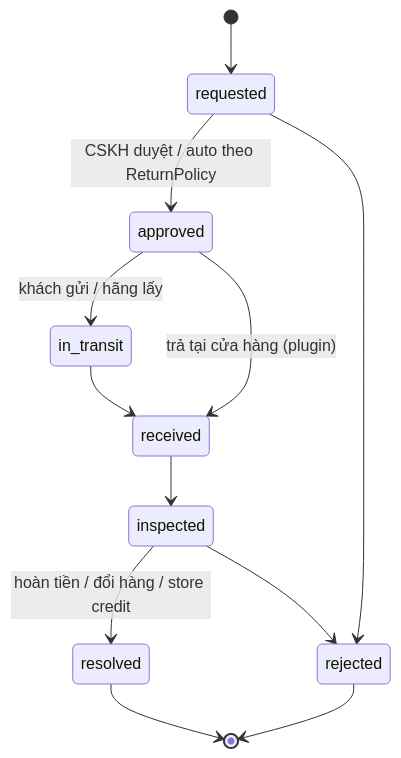
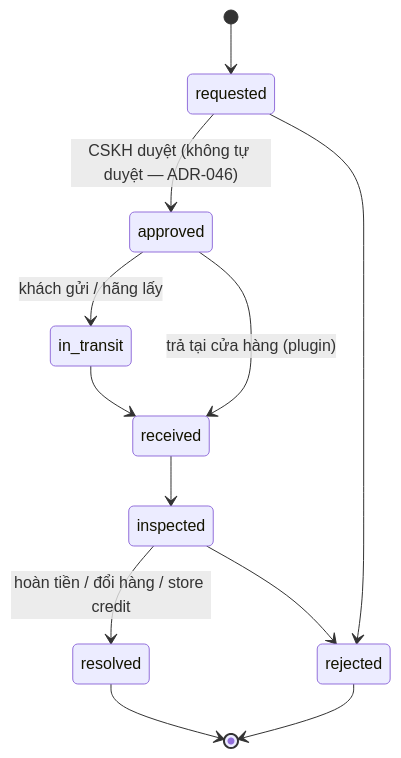
Before and after one commit to ptdat97/vanishop: the third of 3 diagrams in docs/09-order/order.md, drawn with Mermaid. The commit also changed other lines of this file and 7 other files, not shown here.

First line of the commit message:
ADR-046 + vision §2.2: vận hành có người ở ba chốt (xác nhận COD, đẩy lên hãng, duyệt đổi trả)

````diff
--- a/docs/09-order/order.md
+++ b/docs/09-order/order.md
@@ -141,14 +153,14 @@
 ```mermaid
 stateDiagram-v2
     [*] --> requested
-    requested --> approved: CSKH duyệt / auto theo ReturnPolicy
+    requested --> approved: CSKH duyệt (không tự duyệt — ADR-046)
     requested --> rejected
     approved --> in_transit: khách gửi / hãng lấy
     approved --> received: trả tại cửa hàng (plugin)
     in_transit --> received
     received --> inspected
     inspected --> resolved: hoàn tiền / đổi hàng / store credit
     inspected --> rejected
     resolved --> [*]
     rejected --> [*]
 ```
````
